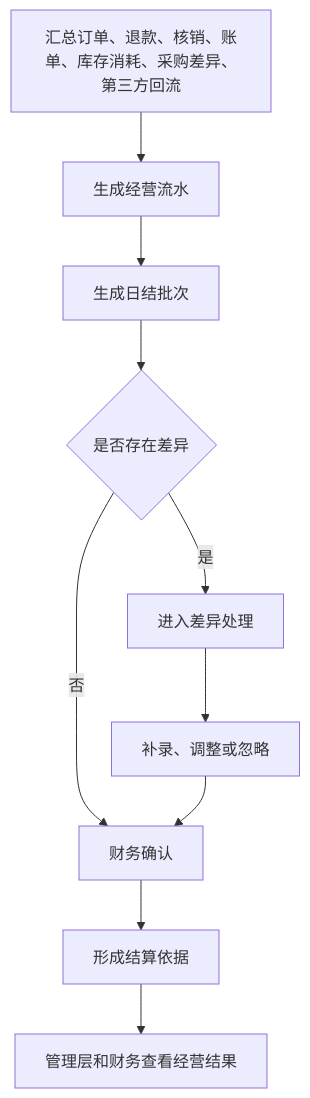
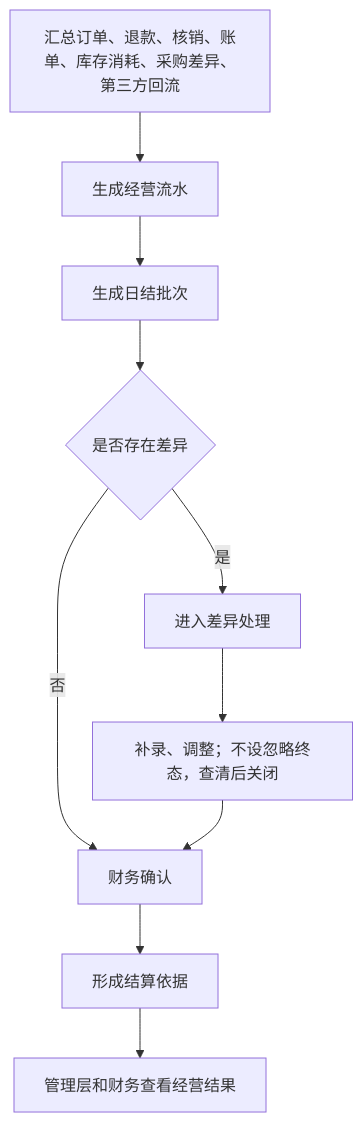
The tenth of 12 diagrams in docs/business-operations-layer-spec-v0.2.md (jxh1979/mall), drawn with Mermaid before and after one commit. The commit also changed other lines of this file and 15 other files, not shown here.

````diff
--- a/docs/business-operations-layer-spec-v0.2.md
+++ b/docs/business-operations-layer-spec-v0.2.md
@@ -1333,12 +1329,12 @@
 ```mermaid
 flowchart TD
   A["汇总订单、退款、核销、账单、库存消耗、采购差异、第三方回流"] --> B["生成经营流水"]
   B --> C["生成日结批次"]
   C --> D{"是否存在差异"}
   D -- 否 --> E["财务确认"]
   D -- 是 --> F["进入差异处理"]
-  F --> G["补录、调整或忽略"]
+  F --> G["补录、调整；不设忽略终态，查清后关闭"]
   G --> E
   E --> H["形成结算依据"]
   H --> I["管理层和财务查看经营结果"]
 ```
````
